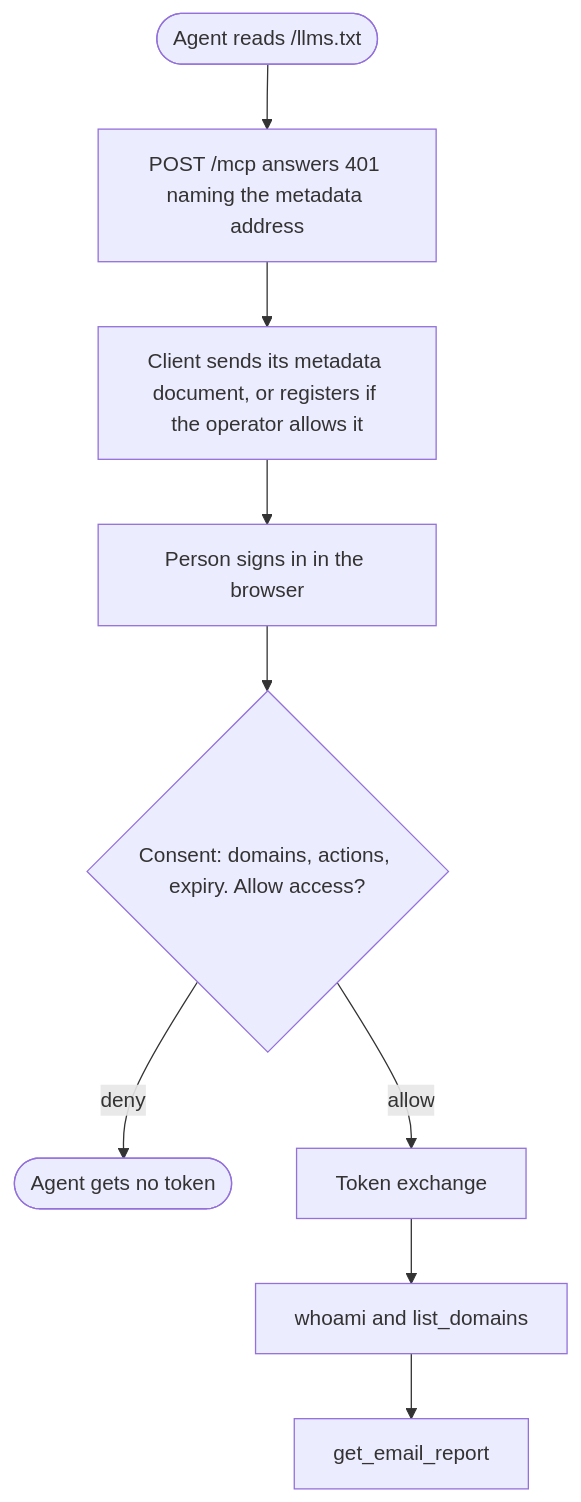
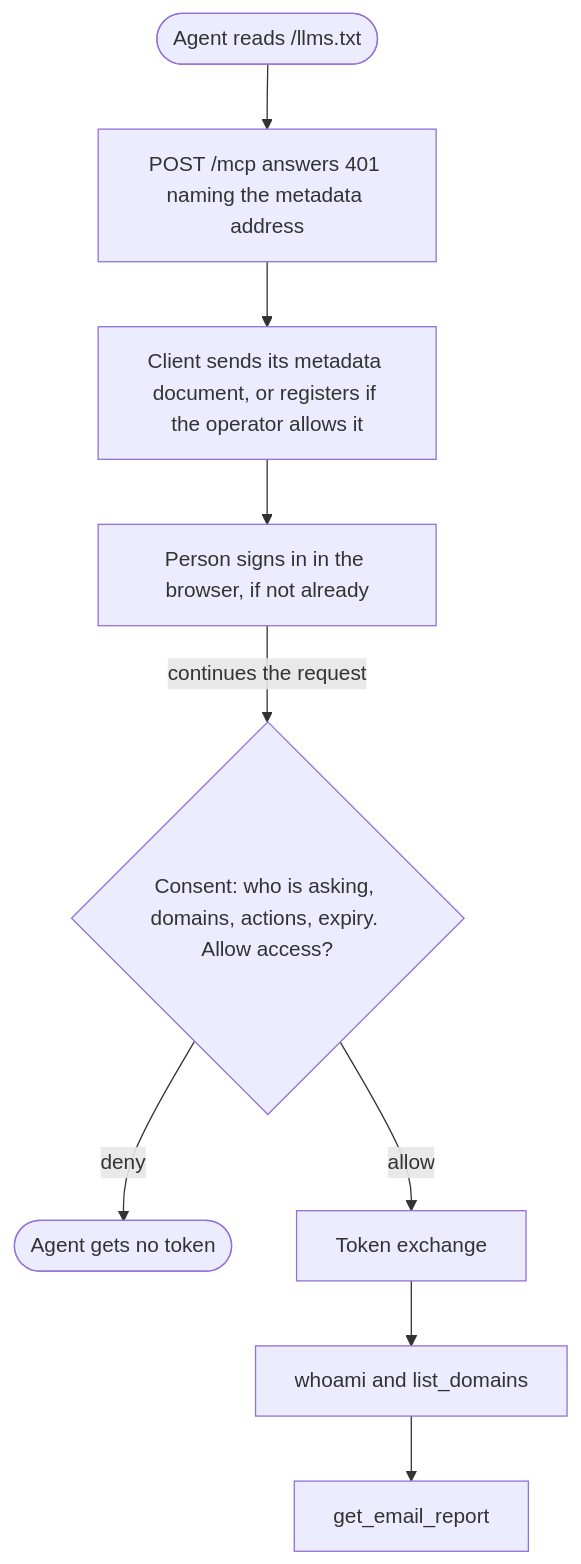
One commit to fellowship-dev/ready-set-mail changed the diagram in .flowchad/flows/agent-connects-and-reads-report.map.md. Above: the diagram before and after it, drawn with Mermaid. The commit also changed other lines of this file and 42 other files, not shown here.

````diff
--- a/.flowchad/flows/agent-connects-and-reads-report.map.md
+++ b/.flowchad/flows/agent-connects-and-reads-report.map.md
@@ -7,11 +7,11 @@
 ```mermaid
 flowchart TD
   entry([Agent reads /llms.txt]) --> mcp[POST /mcp answers 401 naming the metadata address]
   mcp --> reg[Client sends its metadata document, or registers if the operator allows it]
-  reg --> signin[Person signs in in the browser]
-  signin --> consent{Consent: domains, actions, expiry. Allow access?}
+  reg --> signin[Person signs in in the browser, if not already]
+  signin -->|continues the request| consent{Consent: who is asking, domains, actions, expiry. Allow access?}
   consent -->|deny| denied([Agent gets no token])
   consent -->|allow| token[Token exchange]
   token --> tools[whoami and list_domains]
   tools --> report[get_email_report]:::value
 ```
````
